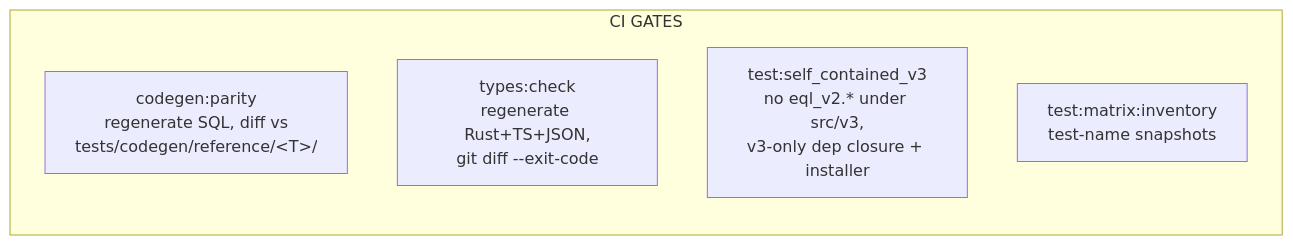
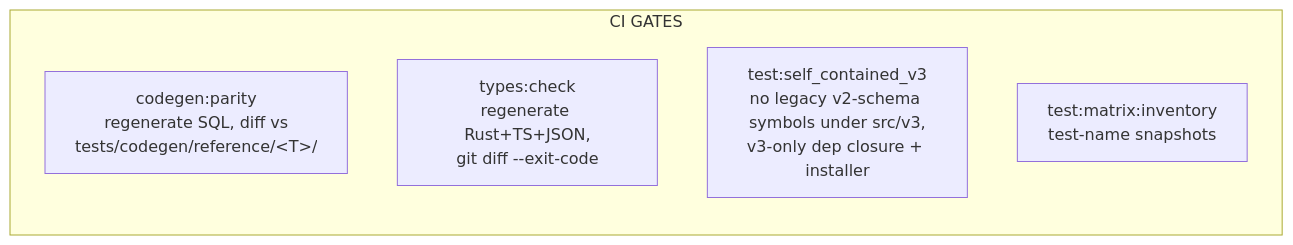
One commit to cipherstash/encrypt-query-language changed diagram 14 of 15 in docs/reference/catalog-driven-architecture.md. Above: the diagram before and after it, drawn with Mermaid. The commit also changed other lines of this file, not shown here.

Commit message:
docs: reword self_contained_v3 gate description to satisfy docs_v3_grep
The catalog-driven-architecture reference doc described the
test:self_contained_v3 gate using the literal 'eql_v2.*' token, which the
docs_v3_grep gate (intentionally inverted-scope) flags in any user-facing
reference doc. Reword to 'legacy v2-schema symbols' — same meaning, no
literal eql_v2 token.

````diff
--- a/docs/reference/catalog-driven-architecture.md
+++ b/docs/reference/catalog-driven-architecture.md
@@ -508,9 +508,9 @@
 ```mermaid
 flowchart LR
     subgraph gates["CI GATES"]
         CP["codegen:parity<br/>regenerate SQL, diff vs<br/>tests/codegen/reference/&lt;T&gt;/"]
         TC["types:check<br/>regenerate Rust+TS+JSON,<br/>git diff --exit-code"]
-        SC["test:self_contained_v3<br/>no eql_v2.* under src/v3,<br/>v3-only dep closure + installer"]
+        SC["test:self_contained_v3<br/>no legacy v2-schema symbols under src/v3,<br/>v3-only dep closure + installer"]
         MI["test:matrix:inventory<br/>test-name snapshots"]
     end
 ```
````
